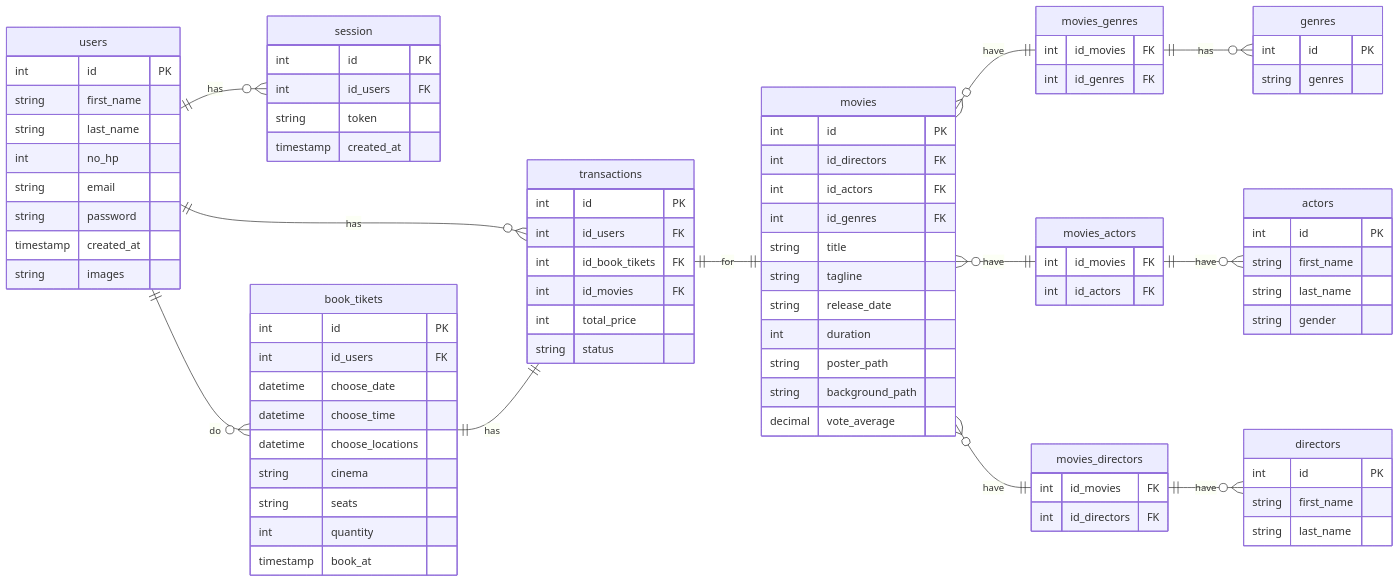
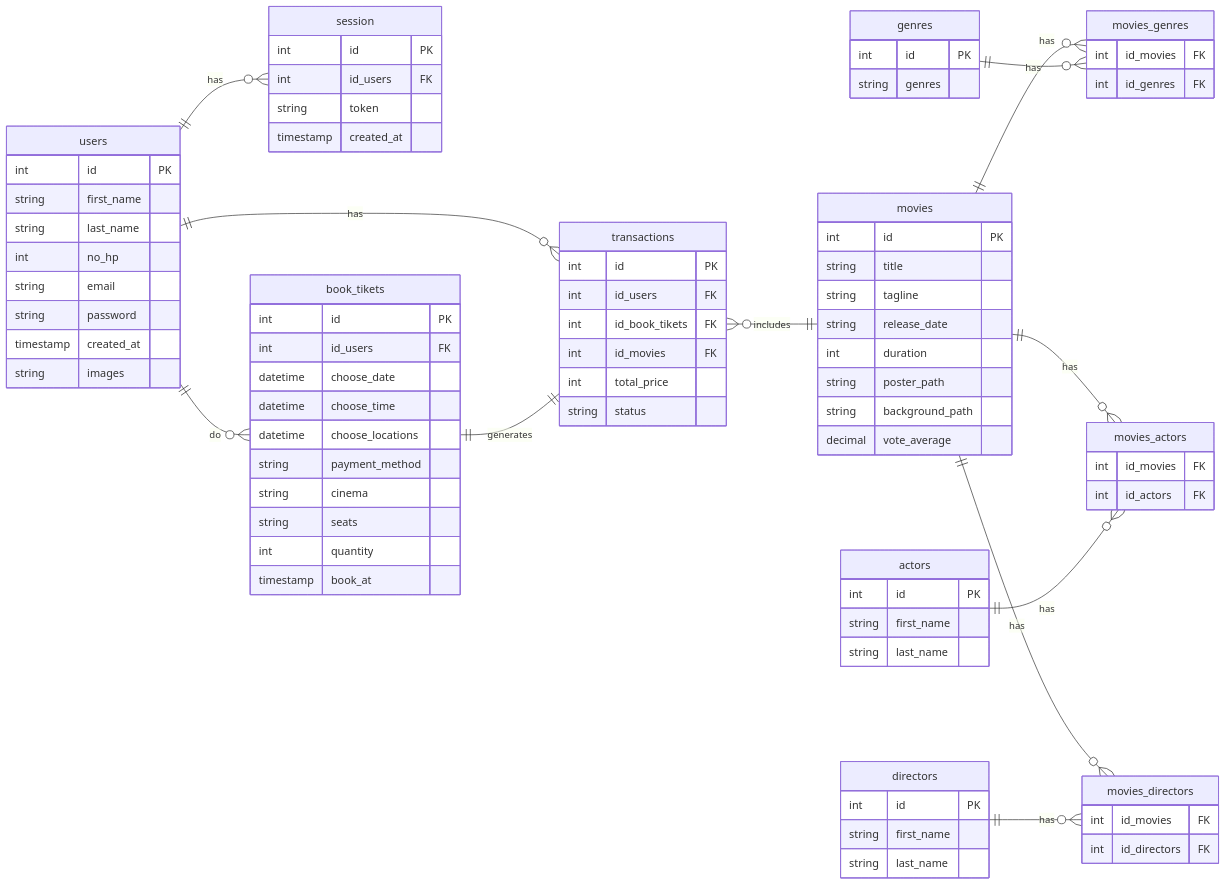
Before and after one commit to Dwaysetya/fgo24-db-weeklytask: the diagram in README.md, drawn with Mermaid.

Commit message:
feat:update code

```diff
--- a/README.md
+++ b/README.md
@@ -6,18 +6,23 @@
 
 erDiagram
 direction LR
+
 users ||--o{ session : has
 users ||--o{ book_tikets: do
 users ||--o{ transactions: has
-book_tikets ||--|| transactions: has
+book_tikets ||--|| transactions: generates
 
-movies_genres ||--o{genres : has
-movies_actors ||--o{actors : have
-movies_directors ||--o{directors : have
-movies }o--||movies_genres : have
-movies }o--||movies_actors : have
-movies }o--||movies_directors : have
-transactions ||--||movies : for
+transactions }o--|| movies : includes
+
+movies ||--o{ movies_genres : has
+genres ||--o{ movies_genres : has
+
+movies ||--o{movies_actors : has
+actors ||--o{movies_actors : has
+
+movies ||--o{movies_directors : has
+directors ||--o{movies_directors : has
+
 
 users{
     int         id           PK
@@ -39,9 +44,6 @@
 
 movies {
     int         id              PK
-    int         id_directors    FK
-    int         id_actors       FK
-    int         id_genres       FK
     string      title
     string      tagline
     string      release_date
@@ -65,7 +67,6 @@
     int     id          PK
     string  first_name
     string  last_name
-    string  gender
 }
 
 movies_actors{
@@ -90,6 +91,7 @@
     datetime    choose_date
     datetime    choose_time
     datetime    choose_locations
+    string      payment_method
     string      cinema
     string      seats
     int         quantity
```
